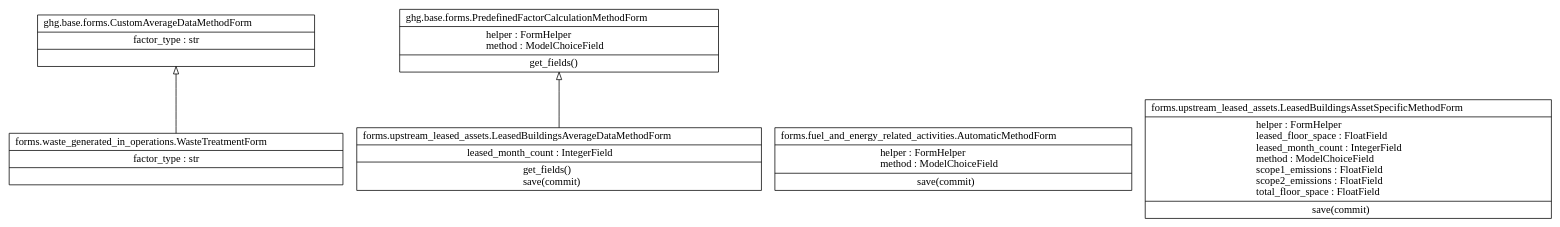
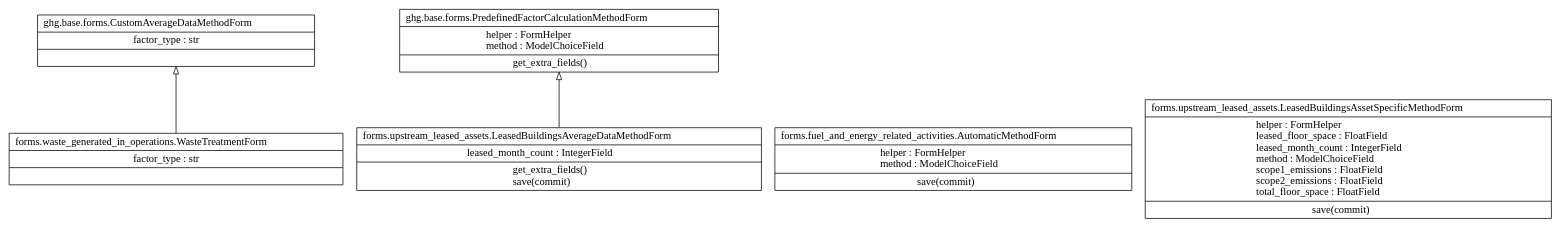
One commit to fingreen-ai/greenlang changed the diagram in calculations/ghg/scope_3/forms/classes.dot. Above: the diagram before and after it, drawn with Graphviz. The commit also changed 3 other files, not shown here.

```diff
--- a/calculations/ghg/scope_3/forms/classes.dot
+++ b/calculations/ghg/scope_3/forms/classes.dot
@@ -1,12 +1,12 @@
 digraph "classes" {
 rankdir=BT
 charset="utf-8"
 "ghg.base.forms.CustomAverageDataMethodForm" [color="black", fontcolor="black", label=<{ghg.base.forms.CustomAverageDataMethodForm|factor_type : str<br ALIGN="LEFT"/>|}>, shape="record", style="solid"];
-"ghg.base.forms.PredefinedFactorCalculationMethodForm" [color="black", fontcolor="black", label=<{ghg.base.forms.PredefinedFactorCalculationMethodForm|helper : FormHelper<br ALIGN="LEFT"/>method : ModelChoiceField<br ALIGN="LEFT"/>|get_fields()<br ALIGN="LEFT"/>}>, shape="record", style="solid"];
+"ghg.base.forms.PredefinedFactorCalculationMethodForm" [color="black", fontcolor="black", label=<{ghg.base.forms.PredefinedFactorCalculationMethodForm|helper : FormHelper<br ALIGN="LEFT"/>method : ModelChoiceField<br ALIGN="LEFT"/>|get_extra_fields()<br ALIGN="LEFT"/>}>, shape="record", style="solid"];
 "forms.fuel_and_energy_related_activities.AutomaticMethodForm" [color="black", fontcolor="black", label=<{forms.fuel_and_energy_related_activities.AutomaticMethodForm|helper : FormHelper<br ALIGN="LEFT"/>method : ModelChoiceField<br ALIGN="LEFT"/>|save(commit)<br ALIGN="LEFT"/>}>, shape="record", style="solid"];
 "forms.upstream_leased_assets.LeasedBuildingsAssetSpecificMethodForm" [color="black", fontcolor="black", label=<{forms.upstream_leased_assets.LeasedBuildingsAssetSpecificMethodForm|helper : FormHelper<br ALIGN="LEFT"/>leased_floor_space : FloatField<br ALIGN="LEFT"/>leased_month_count : IntegerField<br ALIGN="LEFT"/>method : ModelChoiceField<br ALIGN="LEFT"/>scope1_emissions : FloatField<br ALIGN="LEFT"/>scope2_emissions : FloatField<br ALIGN="LEFT"/>total_floor_space : FloatField<br ALIGN="LEFT"/>|save(commit)<br ALIGN="LEFT"/>}>, shape="record", style="solid"];
-"forms.upstream_leased_assets.LeasedBuildingsAverageDataMethodForm" [color="black", fontcolor="black", label=<{forms.upstream_leased_assets.LeasedBuildingsAverageDataMethodForm|leased_month_count : IntegerField<br ALIGN="LEFT"/>|get_fields()<br ALIGN="LEFT"/>save(commit)<br ALIGN="LEFT"/>}>, shape="record", style="solid"];
+"forms.upstream_leased_assets.LeasedBuildingsAverageDataMethodForm" [color="black", fontcolor="black", label=<{forms.upstream_leased_assets.LeasedBuildingsAverageDataMethodForm|leased_month_count : IntegerField<br ALIGN="LEFT"/>|get_extra_fields()<br ALIGN="LEFT"/>save(commit)<br ALIGN="LEFT"/>}>, shape="record", style="solid"];
 "forms.waste_generated_in_operations.WasteTreatmentForm" [color="black", fontcolor="black", label=<{forms.waste_generated_in_operations.WasteTreatmentForm|factor_type : str<br ALIGN="LEFT"/>|}>, shape="record", style="solid"];
 "forms.upstream_leased_assets.LeasedBuildingsAverageDataMethodForm" -> "ghg.base.forms.PredefinedFactorCalculationMethodForm" [arrowhead="empty", arrowtail="none"];
 "forms.waste_generated_in_operations.WasteTreatmentForm" -> "ghg.base.forms.CustomAverageDataMethodForm" [arrowhead="empty", arrowtail="none"];
 }
```
